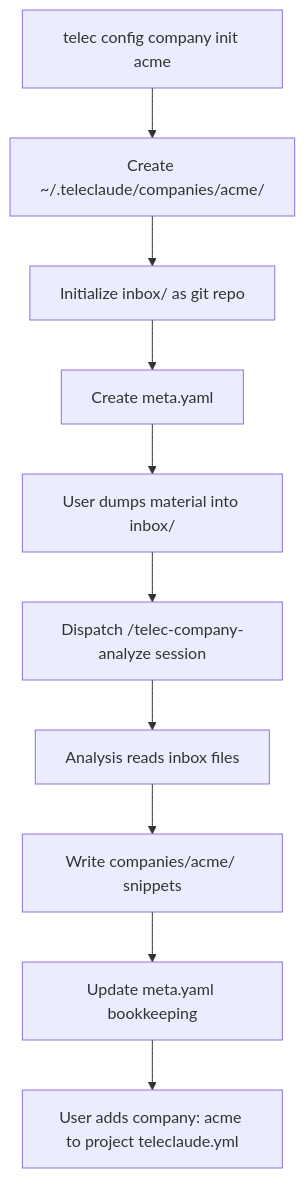
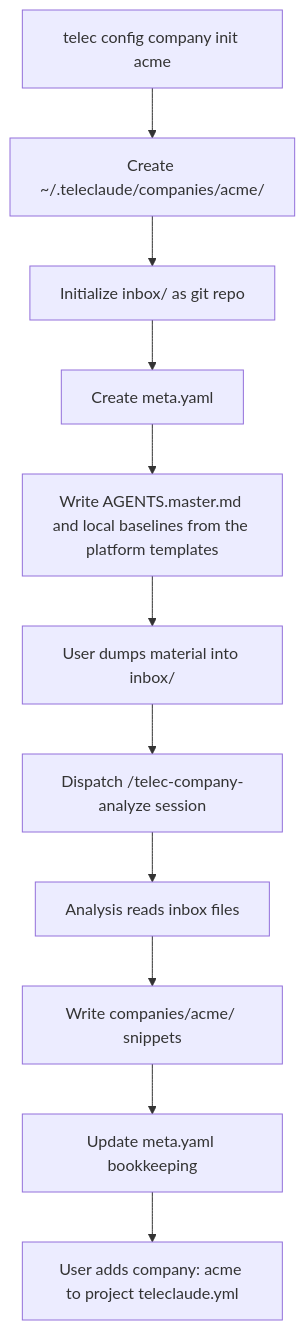
One commit to InstruktAI/TeleClaude changed the first of 3 diagrams in docs/global/general/design/company-knowledge-layer.md. Above: the diagram before and after it, drawn with Mermaid. The commit also changed other lines of this file and 55 other files, not shown here.

````diff
--- a/docs/global/general/design/company-knowledge-layer.md
+++ b/docs/global/general/design/company-knowledge-layer.md
@@ -75,12 +76,13 @@
 ```mermaid
 flowchart TD
     A[telec config company init acme] --> B[Create ~/.teleclaude/companies/acme/]
     B --> C[Initialize inbox/ as git repo]
     C --> D[Create meta.yaml]
-    D --> E[User dumps material into inbox/]
+    D --> T[Write AGENTS.master.md and local baselines from the platform templates]
+    T --> E[User dumps material into inbox/]
     E --> F[Dispatch /telec-company-analyze session]
     F --> G[Analysis reads inbox files]
     G --> H[Write companies/acme/ snippets]
     H --> I[Update meta.yaml bookkeeping]
     I --> J[User adds company: acme to project teleclaude.yml]
 ```
````
